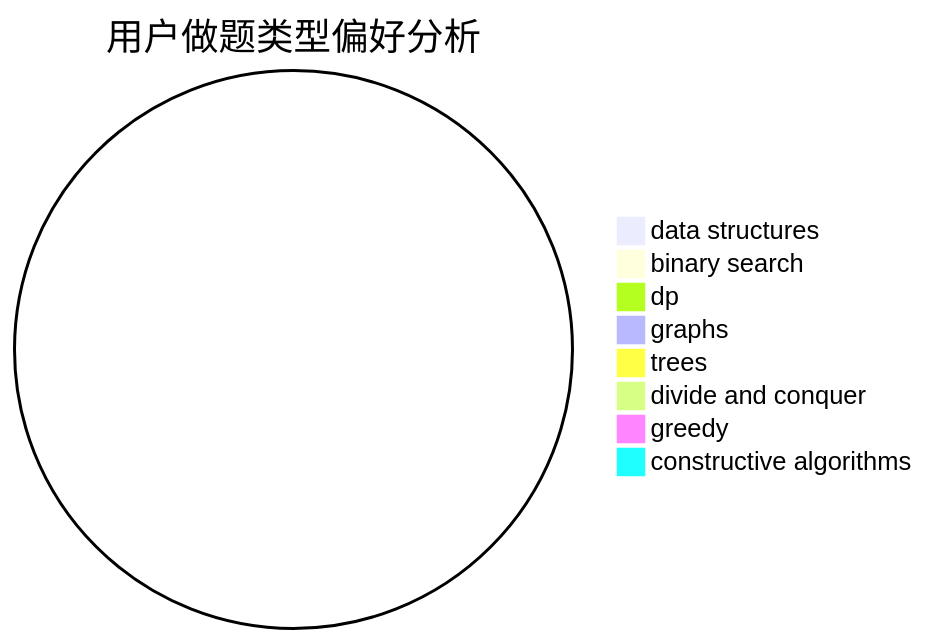
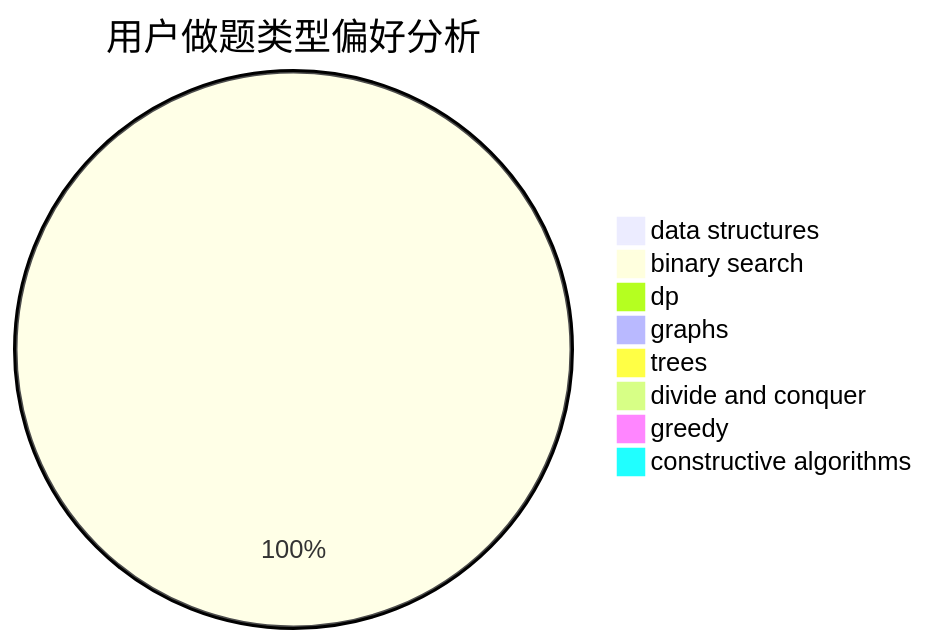
One commit to sherpahu/cfrs.github.io changed the second of 3 diagrams in docs/user/u857.md. Above: the diagram before and after it, drawn with Mermaid. The commit also changed other lines of this file and 2770 other files, not shown here.

````diff
--- a/docs/user/u857.md
+++ b/docs/user/u857.md
@@ -23,11 +23,11 @@
 ```mermaid
 pie title 用户做题类型偏好分析
     "data structures" :  0
-    "binary search" :  0
+    "binary search" :  1
     "dp" :  0
     "graphs" :  0
     "trees" :  0
     "divide and conquer" :  0
     "greedy" :  0
     "constructive algorithms" :  0
 ```
````
